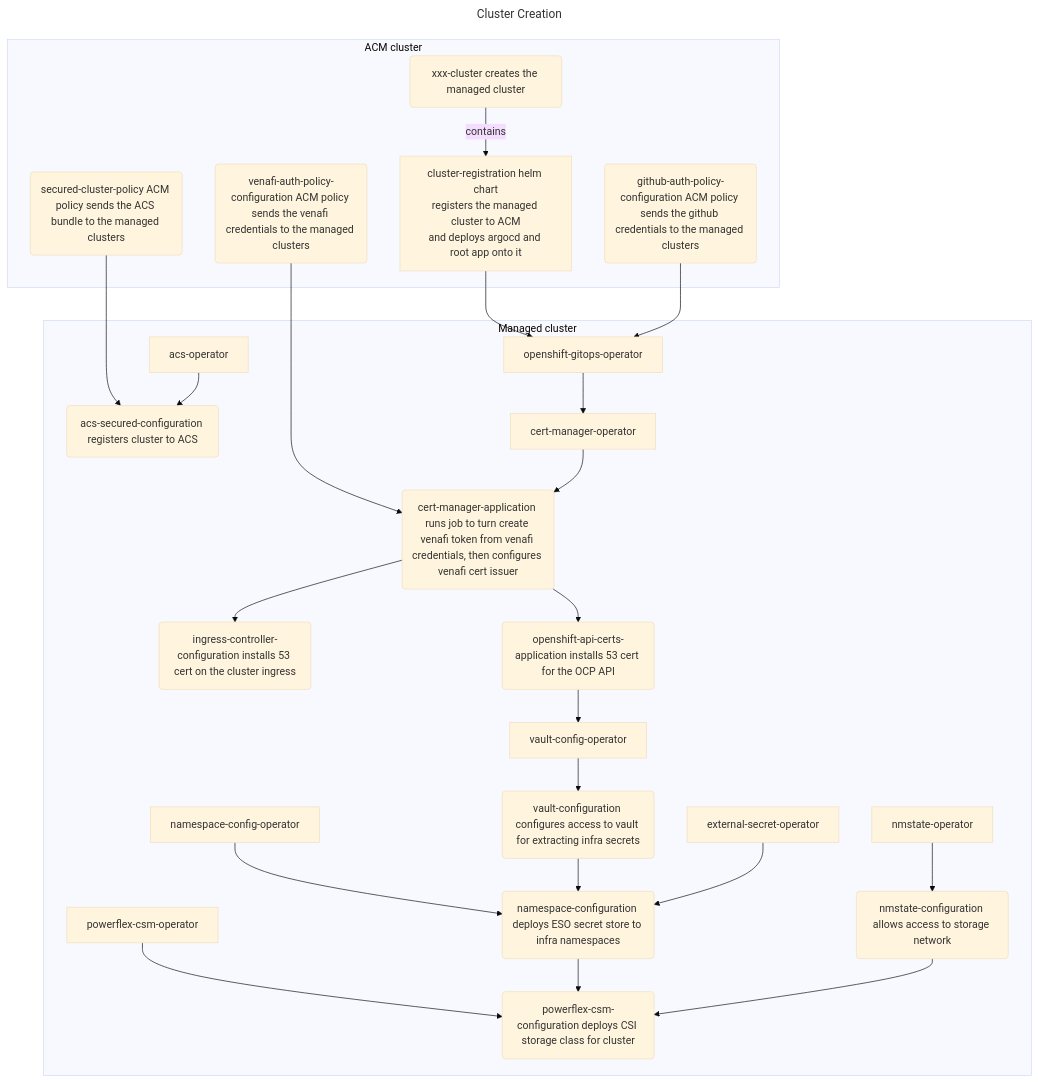
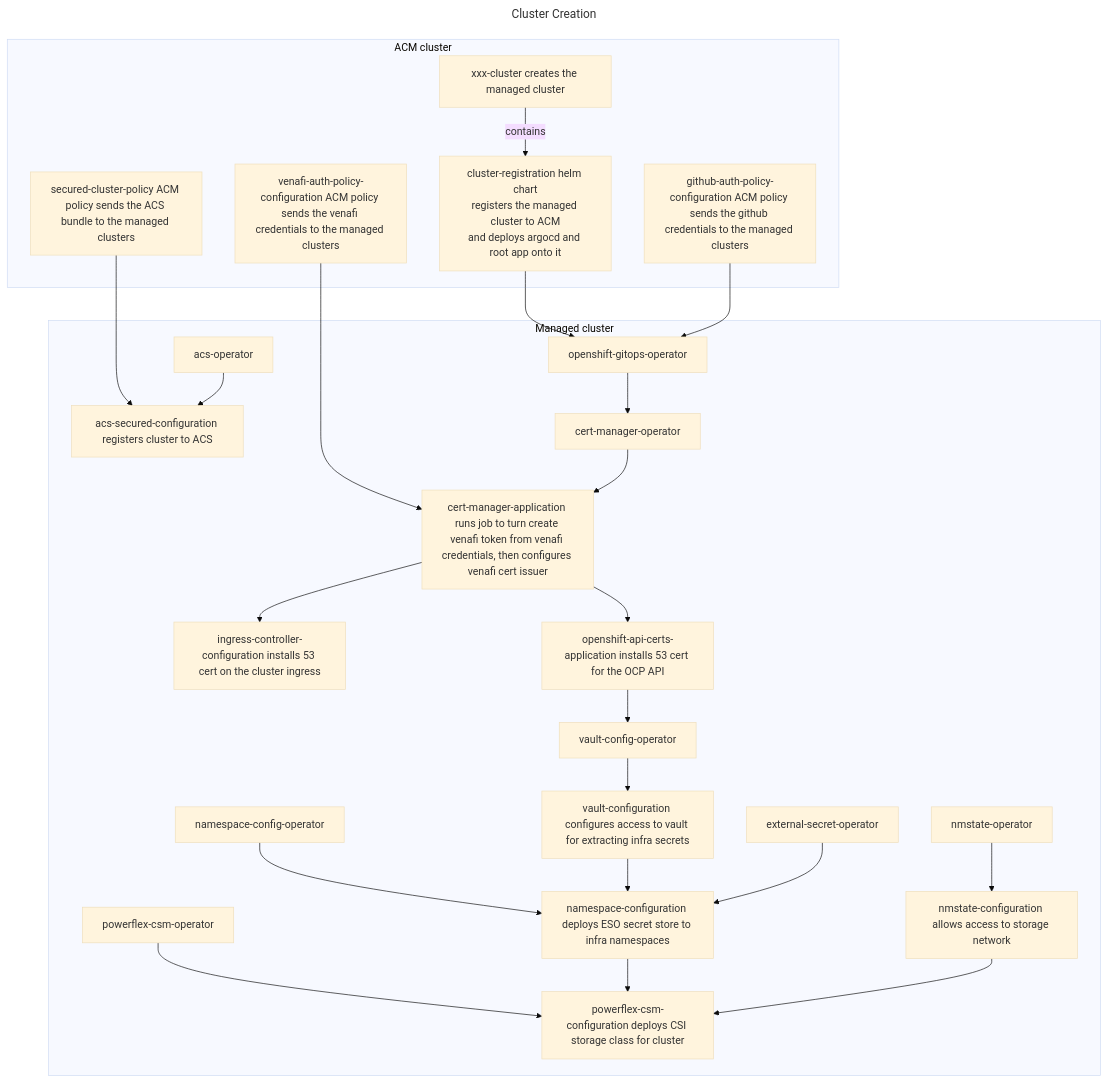
Before and after one commit to mmwillingham/acm: the diagram in test-mermaid/test-mermaid.build.md, drawn with Mermaid (base theme).

````diff
--- a/test-mermaid/test-mermaid.build.md
+++ b/test-mermaid/test-mermaid.build.md
@@ -2,44 +2,44 @@
 ```mermaid
 ---
 title: Cluster Creation
 ---
 flowchart TD
     venafi-auth-policy-configuration --> cert-manager-application
     cluster-registration --> openshift-gitops-operator
     github-auth-policy-configuration --> openshift-gitops-operator
     secured-cluster-policy --> acs-secured-configuration
 
   subgraph "ACM cluster"
-    xxx-cluster(xxx-cluster creates the managed cluster) -- contains --> cluster-registration["cluster-registration helm chart
+    xxx-cluster["xxx-cluster creates the managed cluster"] -- contains --> cluster-registration["cluster-registration helm chart
 registers the managed cluster to ACM
 and deploys argocd and root app onto it"]
-    venafi-auth-policy-configuration(venafi-auth-policy-configuration ACM policy sends the venafi credentials to the managed clusters)
-    github-auth-policy-configuration(github-auth-policy-configuration ACM policy sends the github credentials to the managed clusters)
-    secured-cluster-policy(secured-cluster-policy ACM policy sends the ACS bundle to the managed clusters)
+    venafi-auth-policy-configuration["venafi-auth-policy-configuration ACM policy sends the venafi credentials to the managed clusters"]
+    github-auth-policy-configuration["github-auth-policy-configuration ACM policy sends the github credentials to the managed clusters"]
+    secured-cluster-policy["secured-cluster-policy ACM policy sends the ACS bundle to the managed clusters"]
   end
 
   subgraph "Managed cluster"
     openshift-gitops-operator --> cert-manager-operator
-    cert-manager-operator --> cert-manager-application(cert-manager-application runs job to turn create venafi token from venafi credentials, then configures venafi cert issuer)
-    cert-manager-application --> ingress-controller-configuration(ingress-controller-configuration installs 53 cert on the cluster ingress)
-    cert-manager-application --> openshift-api-certs-application(openshift-api-certs-application installs 53 cert for the OCP API)
+    cert-manager-operator --> cert-manager-application["cert-manager-application runs job to turn create venafi token from venafi credentials, then configures venafi cert issuer"]
+    cert-manager-application --> ingress-controller-configuration["ingress-controller-configuration installs 53 cert on the cluster ingress"]
+    cert-manager-application --> openshift-api-certs-application["openshift-api-certs-application installs 53 cert for the OCP API"]
     openshift-api-certs-application --> vault-config-operator
-    vault-config-operator --> vault-configuration(vault-configuration configures access to vault for extracting infra secrets)
-    nmstate-operator --> nmstate-configuration(nmstate-configuration allows access to storage network)
-    namespace-config-operator --> namespace-configuration(namespace-configuration deploys ESO secret store to infra namespaces)
+    vault-config-operator --> vault-configuration["vault-configuration configures access to vault for extracting infra secrets"]
+    nmstate-operator --> nmstate-configuration["nmstate-configuration allows access to storage network"]
+    namespace-config-operator --> namespace-configuration["namespace-configuration deploys ESO secret store to infra namespaces"]
     vault-configuration --> namespace-configuration
     external-secret-operator --> namespace-configuration
-    powerflex-csm-operator --> powerflex-csm-configuration(powerflex-csm-configuration deploys CSI storage class for cluster)
+    powerflex-csm-operator --> powerflex-csm-configuration["powerflex-csm-configuration deploys CSI storage class for cluster"]
     namespace-configuration --> powerflex-csm-configuration
     nmstate-configuration --> powerflex-csm-configuration
-    acs-operator --> acs-secured-configuration(acs-secured-configuration registers cluster to ACS) 
+    acs-operator --> acs-secured-configuration["acs-secured-configuration registers cluster to ACS"] 
   end
 
 
 
 
 
 
 
 
 ```
````
